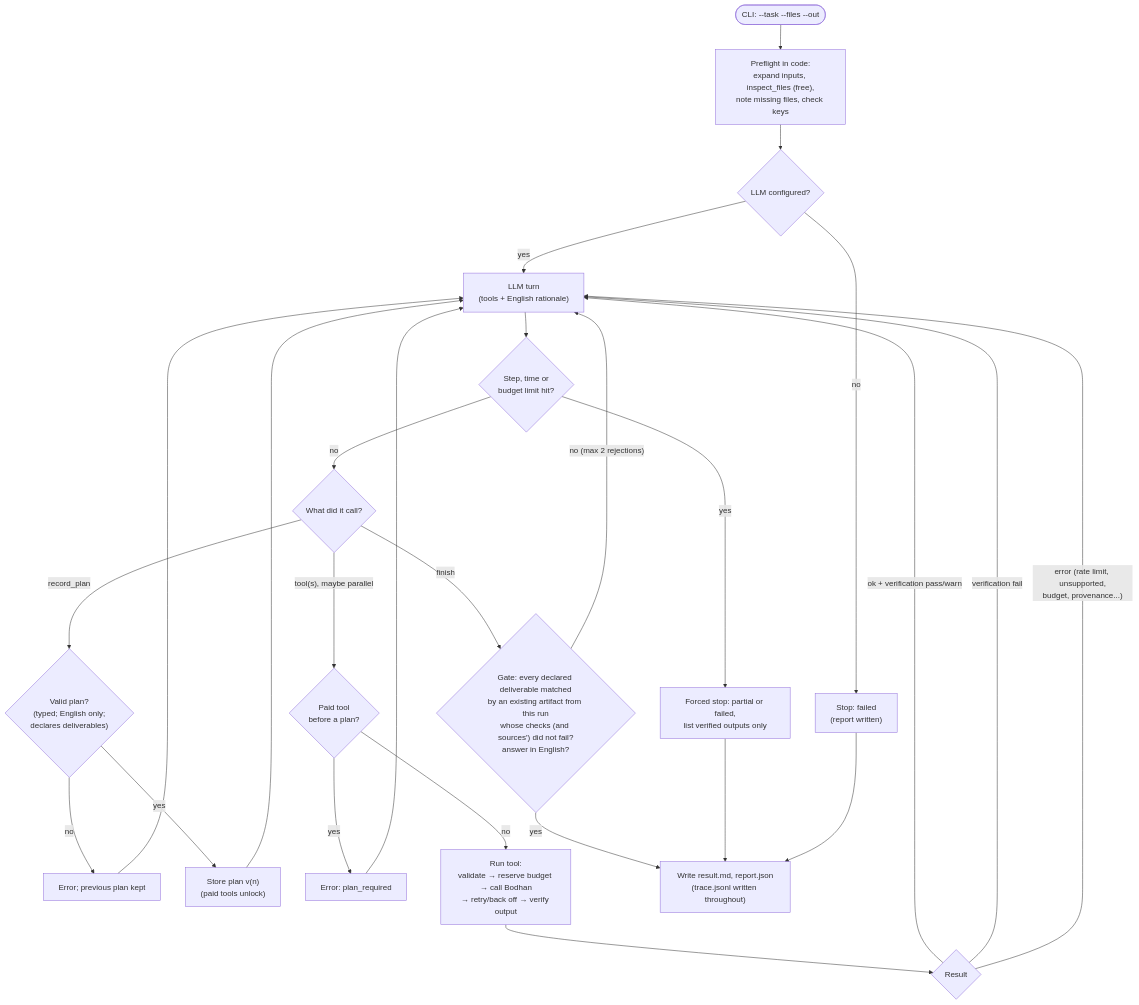
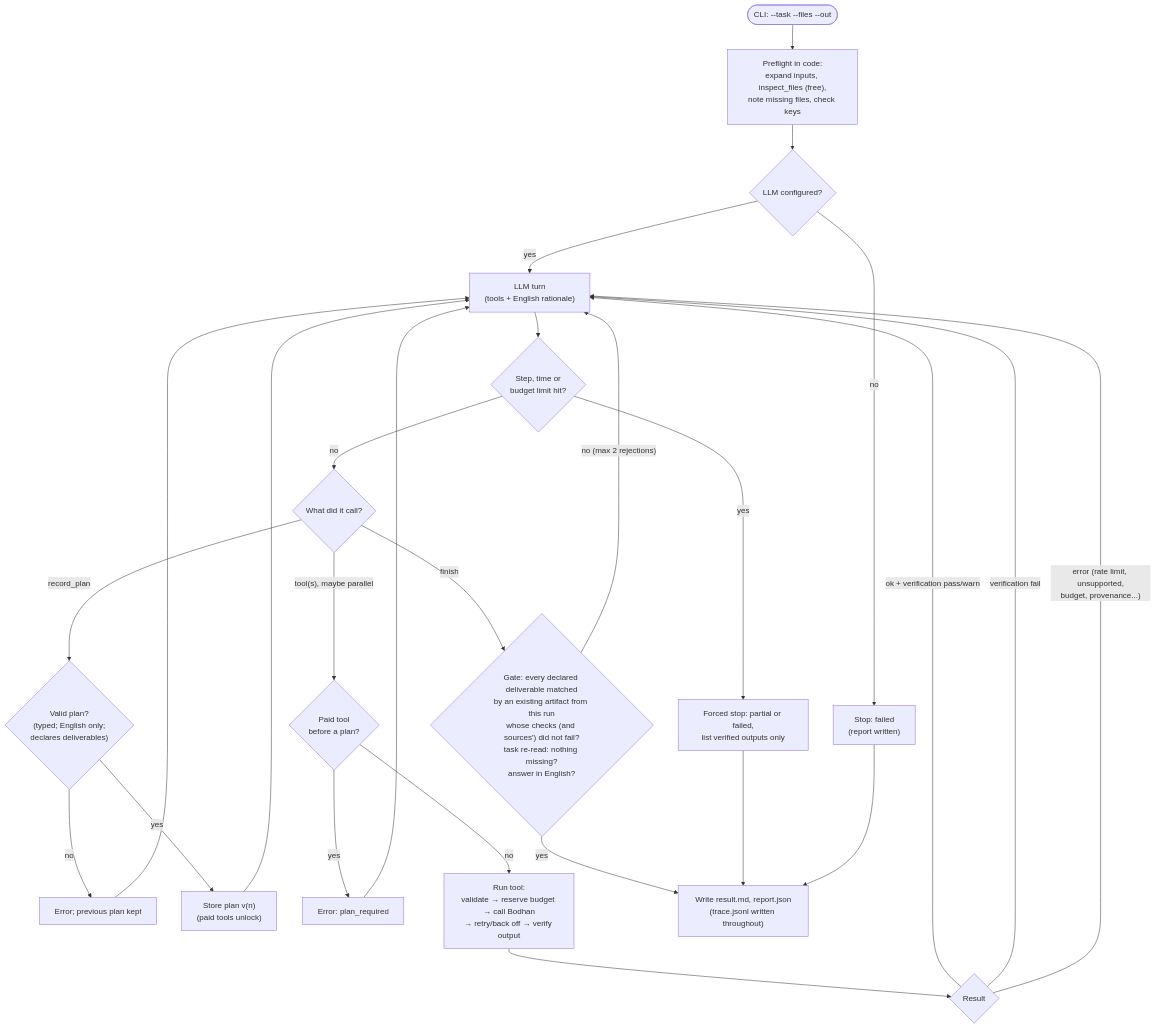
One commit to Bodhan-AI/Bodhan-AI-Cookbook changed the second of 2 diagrams in examples/indic_task_agent/docs/design.md. Above: the diagram before and after it, drawn with Mermaid. The commit also changed other lines of this file and 268 other files, not shown here.

First line of the commit message:
docs(indic_task_agent): fresh held-out h9-h14, final-code check 14/14, README walk, completion gate

````diff
--- a/examples/indic_task_agent/docs/design.md
+++ b/examples/indic_task_agent/docs/design.md
@@ -57,25 +57,25 @@
 ```mermaid
 flowchart TD
     start([CLI: --task --files --out]) --> pre["Preflight in code:<br/>expand inputs, inspect_files (free),<br/>note missing files, check keys"]
     pre --> cfg{LLM configured?}
     cfg -- no --> stopfail["Stop: failed<br/>(report written)"]
     cfg -- yes --> llm["LLM turn<br/>(tools + English rationale)"]
     llm --> lim{"Step, time or<br/>budget limit hit?"}
     lim -- yes --> forced["Forced stop: partial or failed,<br/>list verified outputs only"]
     lim -- no --> kind{What did it call?}
     kind -- record_plan --> plan{"Valid plan?<br/>(typed; English only;<br/>declares deliverables)"}
     plan -- no --> rejectp["Error; previous plan kept"] --> llm
     plan -- yes --> planok["Store plan v(n)<br/>(paid tools unlock)"] --> llm
     kind -- "tool(s), maybe parallel" --> gate1{"Paid tool<br/>before a plan?"}
     gate1 -- yes --> reject1["Error: plan_required"] --> llm
     gate1 -- no --> act["Run tool:<br/>validate → reserve budget → call Bodhan<br/>→ retry/back off → verify output"]
     act --> res{Result}
     res -- "ok + verification pass/warn" --> llm
     res -- "verification fail" --> llm
     res -- "error (rate limit, unsupported,<br/>budget, provenance...)" --> llm
-    kind -- finish --> gate2{"Gate: every declared deliverable matched<br/>by an existing artifact from this run<br/>whose checks (and sources') did not fail?<br/>answer in English?"}
+    kind -- finish --> gate2{"Gate: every declared deliverable matched<br/>by an existing artifact from this run<br/>whose checks (and sources') did not fail?<br/>task re-read: nothing missing?<br/>answer in English?"}
     gate2 -- "no (max 2 rejections)" --> llm
     gate2 -- yes --> done["Write result.md, report.json<br/>(trace.jsonl written throughout)"]
     forced --> done
     stopfail --> done
 ```
````
